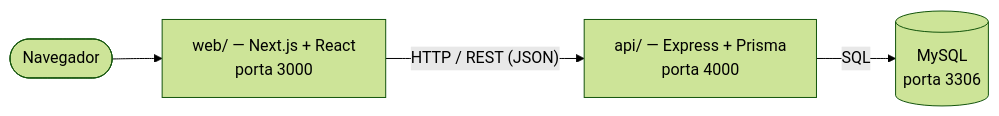
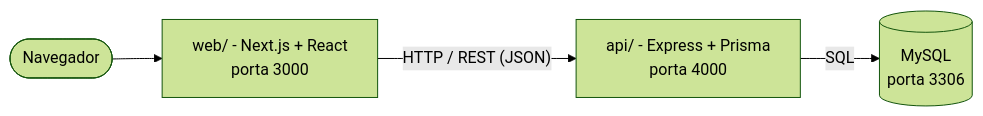
One commit to Gabriel-B-Toledo/AV3 changed the diagram in README.md. Above: the diagram before and after it, drawn with Mermaid (forest theme). The commit also changed other lines of this file and 29 other files, not shown here.

````diff
--- a/README.md
+++ b/README.md
@@ -79,6 +170,6 @@
 ```mermaid
 flowchart LR
-    U([Navegador]) --> W["web/ — Next.js + React<br/>porta 3000"]
-    W -- "HTTP / REST (JSON)" --> A["api/ — Express + Prisma<br/>porta 4000"]
+    U([Navegador]) --> W["web/ - Next.js + React<br/>porta 3000"]
+    W -- "HTTP / REST (JSON)" --> A["api/ - Express + Prisma<br/>porta 4000"]
     A -- "SQL" --> DB[("MySQL<br/>porta 3306")]
 ```
````
